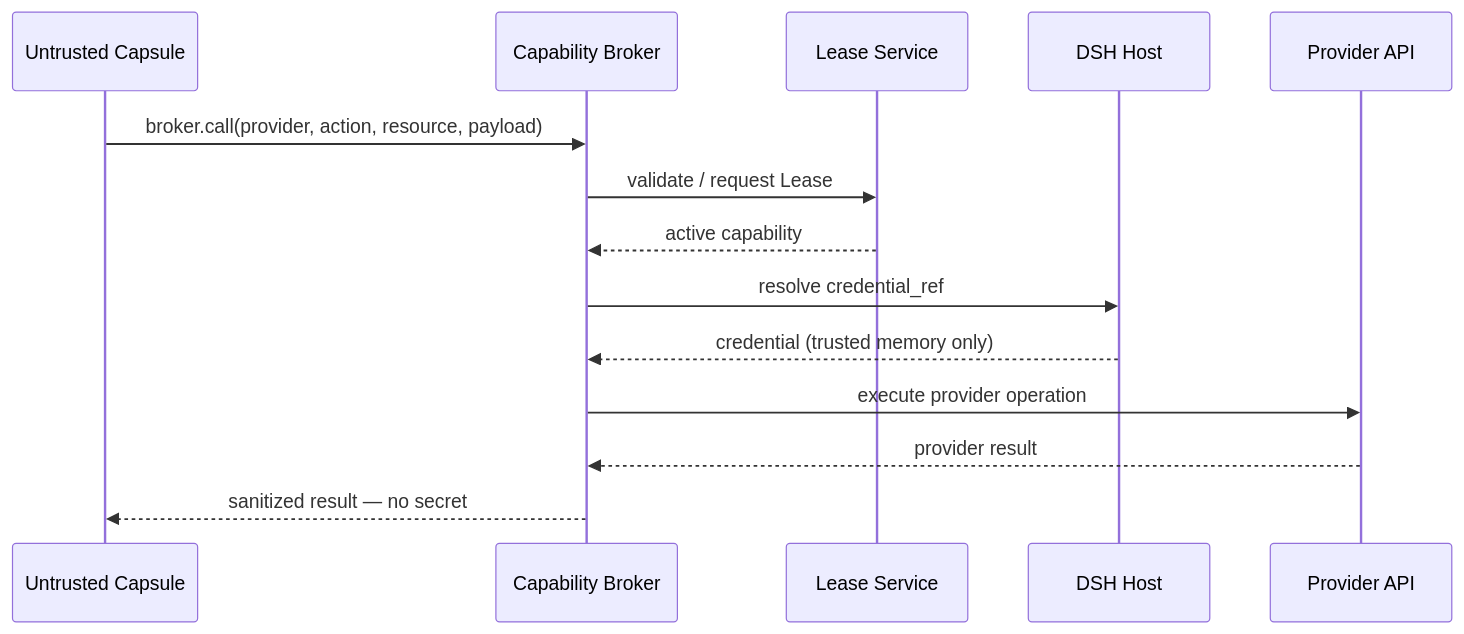
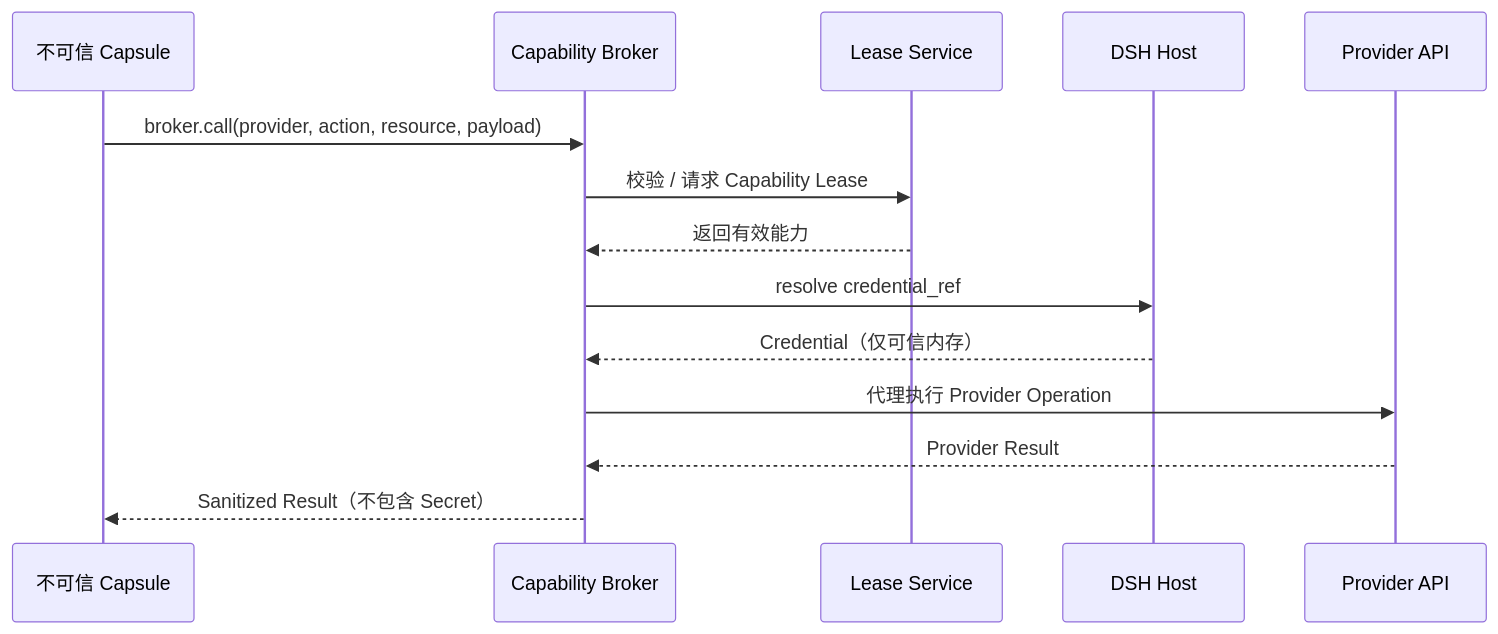
One commit to TianHengZhuang/dsh-capsule changed the second of 3 diagrams in README.md. Above: the diagram before and after it, drawn with Mermaid. The commit also changed other lines of this file and 3 other files, not shown here.

````diff
--- a/README.md
+++ b/README.md
@@ -230,17 +256,17 @@
 ```mermaid
 sequenceDiagram
-    participant C as Untrusted Capsule
+    participant C as 不可信 Capsule
     participant B as Capability Broker
     participant L as Lease Service
     participant H as DSH Host
     participant P as Provider API
 
     C->>B: broker.call(provider, action, resource, payload)
-    B->>L: validate / request Lease
-    L-->>B: active capability
+    B->>L: 校验 / 请求 Capability Lease
+    L-->>B: 返回有效能力
     B->>H: resolve credential_ref
-    H-->>B: credential (trusted memory only)
-    B->>P: execute provider operation
-    P-->>B: provider result
-    B-->>C: sanitized result — no secret
+    H-->>B: Credential（仅可信内存）
+    B->>P: 代理执行 Provider Operation
+    P-->>B: Provider Result
+    B-->>C: Sanitized Result（不包含 Secret）
 ```
````
